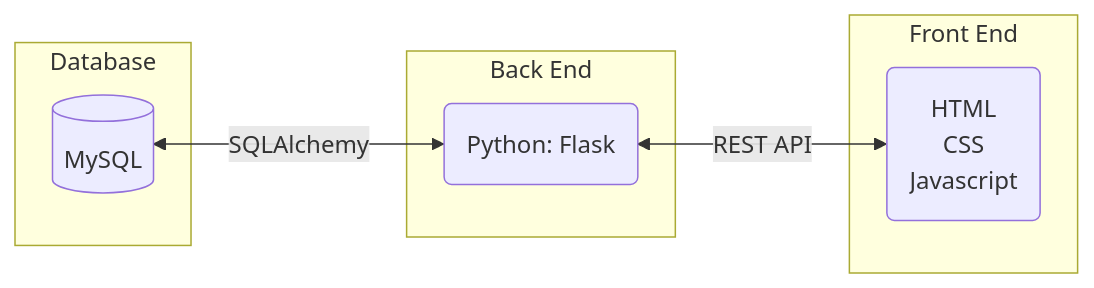
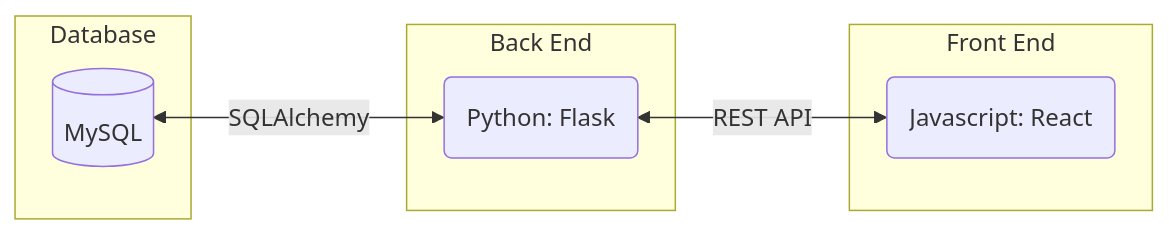
One commit to bengoh815/cs506-project changed the first of 6 diagrams in README.md. Above: the diagram before and after it, drawn with Mermaid. The commit also changed other lines of this file and 59 other files, not shown here.

````diff
--- a/README.md
+++ b/README.md
@@ -88,17 +98,17 @@
 ```mermaid
 flowchart RL
 subgraph Front End
-	A(HTML \n CSS\n Javascript)
+	A(Javascript: React)
 end
-	
+
 subgraph Back End
 	B(Python: Flask)
 end
-	
+
 subgraph Database
 	C[(MySQL)]
 end
 
 A <-->|"REST API"| B
 B <-->|SQLAlchemy| C
 ```
````
